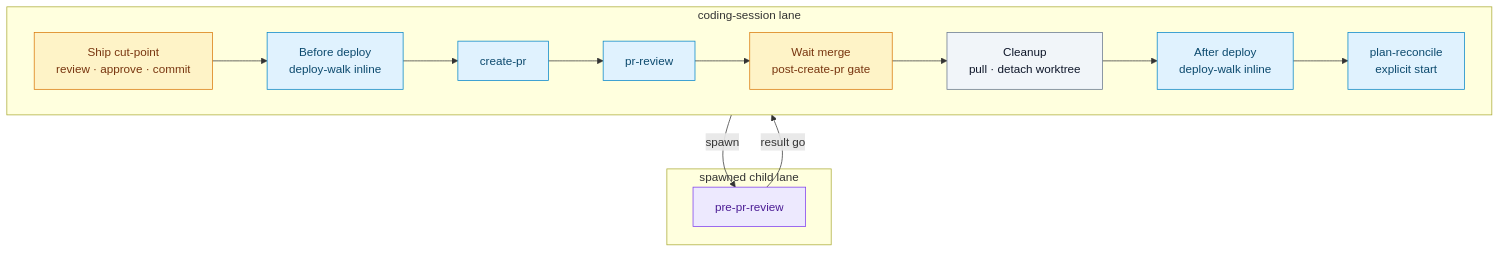
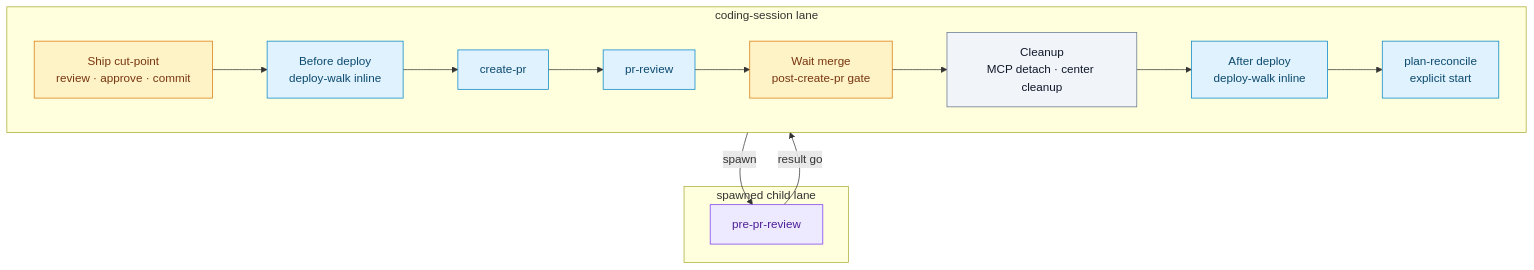
One commit to safebeat-sedea/research-and-development changed the third of 4 diagrams in docs/development-process.md. Above: the diagram before and after it, drawn with Mermaid. The commit also changed other lines of this file and 2 other files, not shown here.

First line of the commit message:
Align R&D governance prose with center worktree scripts. (#95)

````diff
--- a/docs/development-process.md
+++ b/docs/development-process.md
@@ -534,28 +534,28 @@
 ```mermaid
 flowchart TB
  classDef inline fill:#e0f2fe,stroke:#0284c7,color:#0c4a6e
  classDef spawn fill:#ede9fe,stroke:#7c3aed,color:#4c1d95
  classDef gate fill:#fef3c7,stroke:#d97706,color:#78350f
  classDef proc fill:#f1f5f9,stroke:#64748b,color:#0f172a
 
  subgraph CS["coding-session lane"]
  direction LR
  CUT["Ship cut-point<br/>review · approve · commit"]:::gate
  BDW["Before deploy<br/>deploy-walk inline"]:::inline
  CPR["create-pr"]:::inline
  PRV["pr-review"]:::inline
  WAIT["Wait merge<br/>post-create-pr gate"]:::gate
- PMC["Cleanup<br/>pull · detach worktree"]:::proc
+ PMC["Cleanup<br/>MCP detach · center cleanup"]:::proc
  ADW["After deploy<br/>deploy-walk inline"]:::inline
  REC["plan-reconcile<br/>explicit start"]:::inline
  CUT --> BDW --> CPR
  CPR --> PRV --> WAIT --> PMC --> ADW --> REC
  end
 
  subgraph CHILD["spawned child lane"]
  PPR["pre-pr-review"]:::spawn
  end
 
  BDW -->|spawn| PPR
  PPR -->|result go| CPR
 ```
````
